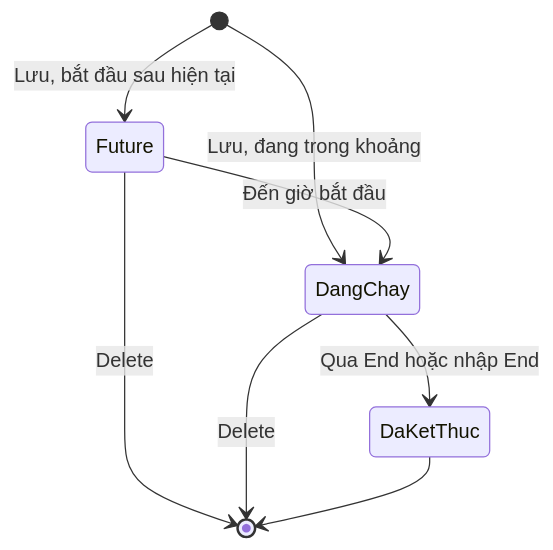
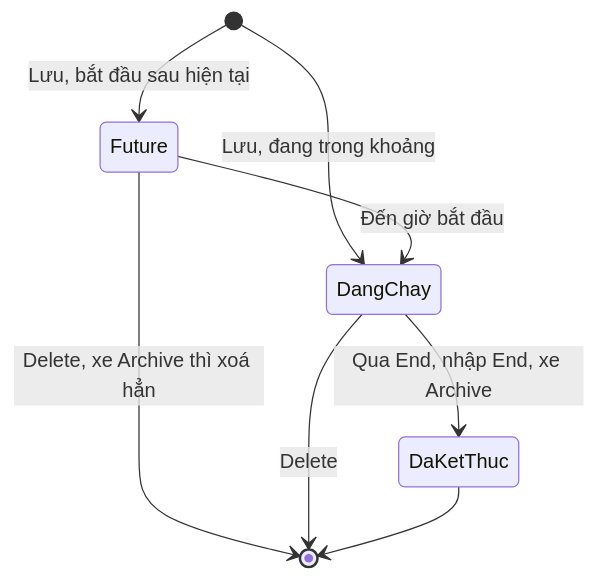
One commit to szitphan/invlogis changed the third of 3 diagrams in docs/_research/fleetio/srs/fleetio-vehicle-states.md. Above: the diagram before and after it, drawn with Mermaid. The commit also changed other lines of this file and 113 other files, not shown here.

````diff
--- a/docs/_research/fleetio/srs/fleetio-vehicle-states.md
+++ b/docs/_research/fleetio/srs/fleetio-vehicle-states.md
@@ -90,10 +119,10 @@
 ```mermaid
 stateDiagram-v2
     [*] --> Future: Lưu, bắt đầu sau hiện tại
     [*] --> DangChay: Lưu, đang trong khoảng
     Future --> DangChay: Đến giờ bắt đầu
-    DangChay --> DaKetThuc: Qua End hoặc nhập End
-    Future --> [*]: Delete
+    DangChay --> DaKetThuc: Qua End, nhập End, xe Archive
+    Future --> [*]: Delete, xe Archive thì xoá hẳn
     DangChay --> [*]: Delete
     DaKetThuc --> [*]
 ```
````
